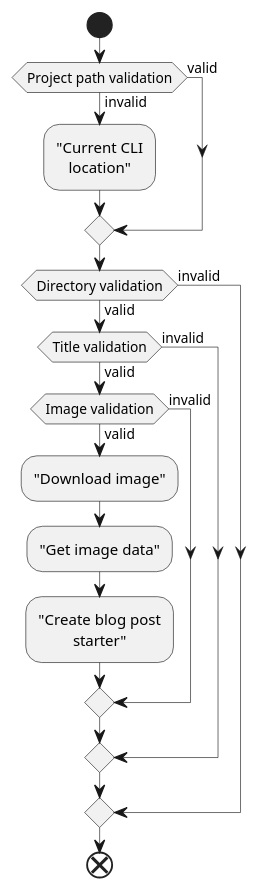
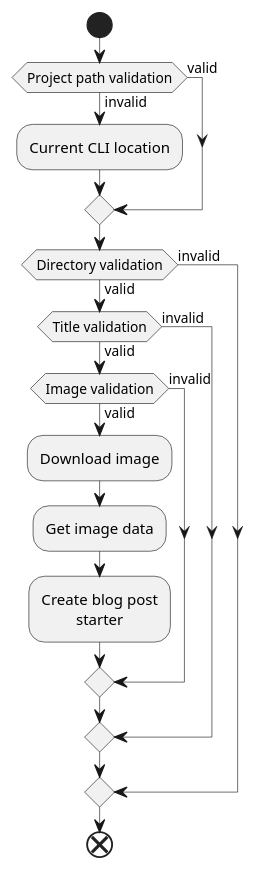
One commit to aaronuurman/blog changed the diagram in src/posts/creating-cli-tool-in-python-part-3/index.mdx. Above: the diagram before and after it, drawn with PlantUML. The commit also changed 26 other files, not shown here.

````diff
--- a/src/posts/creating-cli-tool-in-python-part-3/index.mdx
+++ b/src/posts/creating-cli-tool-in-python-part-3/index.mdx
@@ -29,36 +29,36 @@
 ```plantuml
 @startuml
 skinparam DefaultTextAlignment center
 skinparam WrapWidth 120
 skinparam Shadowing false
 skinparam BackgroundColor White
 skinparam RectangleBorderThickness 0.5
 skinparam ActivityBorderThickness 0.5
 skinparam ActivityArrowFontSize 11
 skinparam AgentBorderThickness 0.5
 skinparam ArrowThickness 0.5
 skinparam ArrowFontStyle Plain
 skinparam NoteBorderThickness 0.5
 skinparam ClassBorderThickness 0.5
 
 start
 if (Project path validation) then (invalid)
-	:"Current CLI location";
+	:Current CLI location;
 else (valid)
 endif
 
 if (Directory validation) then (valid)
 	if (Title validation) then (valid)
 		if (Image validation) then (valid)
-			:"Download image";
-			:"Get image data";
-			:"Create blog post starter";
+			:Download image;
+			:Get image data;
+			:Create blog post starter;
 		else (invalid)
 		endif
 	else (invalid)
 	endif
 else (invalid)
 endif
 end
 @enduml
 ```
````
